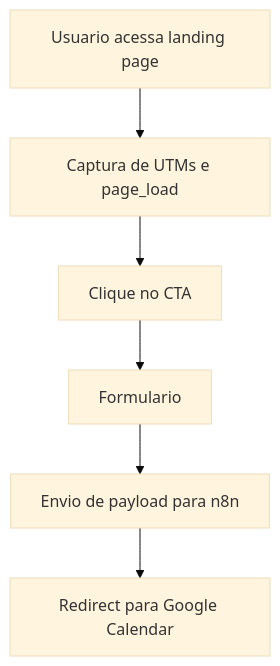
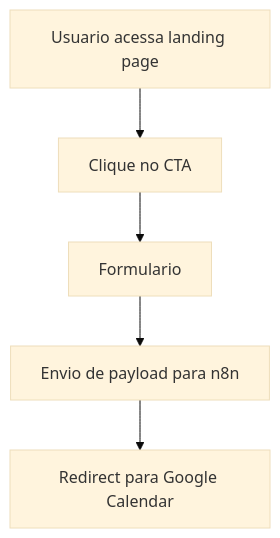
Before and after one commit to taysouzaa/DiagnosticoAds: the first of 3 diagrams in docs/diagramas/Diagramas.md, drawn with Mermaid (base theme). The commit also changed other lines of this file and 19 other files, not shown here.

````diff
--- a/docs/diagramas/Diagramas.md
+++ b/docs/diagramas/Diagramas.md
@@ -8,8 +8,7 @@
 ```mermaid
 flowchart TD
-  A[Usuario acessa landing page] --> B[Captura de UTMs e page_load]
-  B --> C[Clique no CTA]
-  C --> D[Formulario]
-  D --> E[Envio de payload para n8n]
-  E --> F[Redirect para Google Calendar]
+  A[Usuario acessa landing page] --> B[Clique no CTA]
+  B --> C[Formulario]
+  C --> D[Envio de payload para n8n]
+  D --> E[Redirect para Google Calendar]
 ```
````
